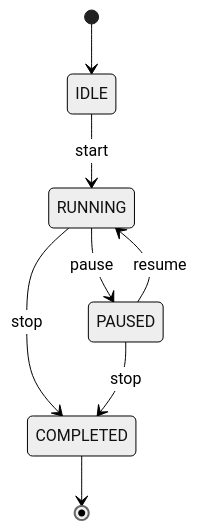
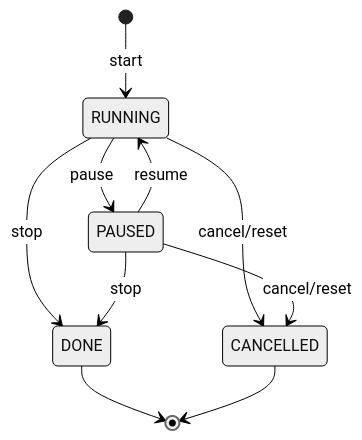
One commit to fabiodelllima/atomvs-timeblock-terminal changed the diagram in docs/diagrams/states/timer-states.md. Above: the diagram before and after it, drawn with Mermaid (neutral theme). The commit also changed other lines of this file, not shown here.

First line of the commit message:
docs(diagrams): Atualiza timer-states com enum correto

````diff
--- a/docs/diagrams/states/timer-states.md
+++ b/docs/diagrams/states/timer-states.md
@@ -3,10 +5,12 @@
 ```mermaid
 stateDiagram-v2
-    [*] --> IDLE
-    IDLE --> RUNNING: start
+    [*] --> RUNNING: start
     RUNNING --> PAUSED: pause
     PAUSED --> RUNNING: resume
-    RUNNING --> COMPLETED: stop
-    PAUSED --> COMPLETED: stop
-    COMPLETED --> [*]
+    RUNNING --> DONE: stop
+    PAUSED --> DONE: stop
+    RUNNING --> CANCELLED: cancel/reset
+    PAUSED --> CANCELLED: cancel/reset
+    DONE --> [*]
+    CANCELLED --> [*]
 ```
````
